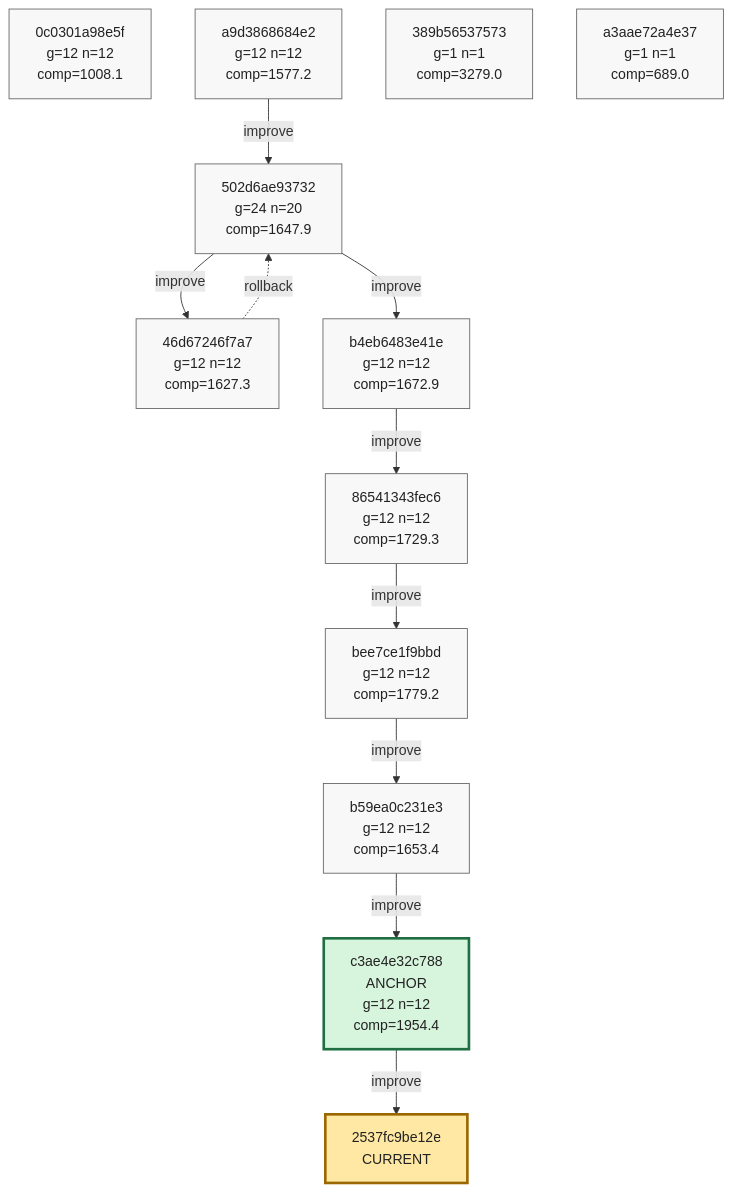
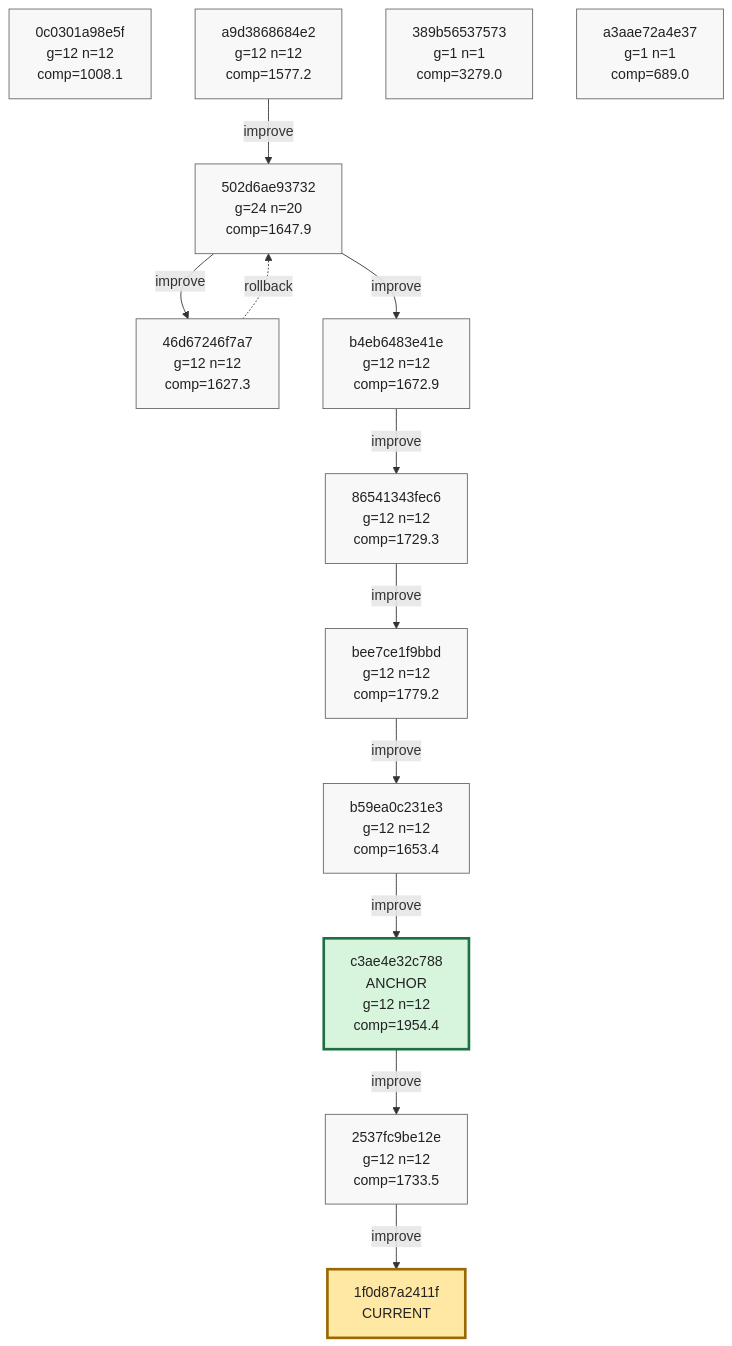
The tenth of 10 diagrams in phyrogenetic-tree.md (azumag/soviet_now), drawn with Mermaid before and after one commit. The commit also changed other lines of this file and 2 other files, not shown here.

Commit message:
eloop Improve after 12 games (scores: 1816 1182 1186 1863 2093 1838 1988 1474 2079 1731 3927 1646)

````diff
--- a/phyrogenetic-tree.md
+++ b/phyrogenetic-tree.md
@@ -2545,43 +2542,46 @@
 ```mermaid
 flowchart TD
     h_0c0301a98e5f["0c0301a98e5f<br/>g=12 n=12<br/>comp=1008.1"]
     h_a9d3868684e2["a9d3868684e2<br/>g=12 n=12<br/>comp=1577.2"]
     h_502d6ae93732["502d6ae93732<br/>g=24 n=20<br/>comp=1647.9"]
     h_46d67246f7a7["46d67246f7a7<br/>g=12 n=12<br/>comp=1627.3"]
     h_b4eb6483e41e["b4eb6483e41e<br/>g=12 n=12<br/>comp=1672.9"]
     h_86541343fec6["86541343fec6<br/>g=12 n=12<br/>comp=1729.3"]
     h_bee7ce1f9bbd["bee7ce1f9bbd<br/>g=12 n=12<br/>comp=1779.2"]
     h_b59ea0c231e3["b59ea0c231e3<br/>g=12 n=12<br/>comp=1653.4"]
     h_c3ae4e32c788["c3ae4e32c788<br/>ANCHOR<br/>g=12 n=12<br/>comp=1954.4"]
+    h_2537fc9be12e["2537fc9be12e<br/>g=12 n=12<br/>comp=1733.5"]
     h_389b56537573["389b56537573<br/>g=1 n=1<br/>comp=3279.0"]
     h_a3aae72a4e37["a3aae72a4e37<br/>g=1 n=1<br/>comp=689.0"]
-    h_2537fc9be12e["2537fc9be12e<br/>CURRENT"]
+    h_1f0d87a2411f["1f0d87a2411f<br/>CURRENT"]
 
     h_a9d3868684e2 -->|improve| h_502d6ae93732
     h_502d6ae93732 -->|improve| h_46d67246f7a7
     h_46d67246f7a7 -. rollback .-> h_502d6ae93732
     h_502d6ae93732 -->|improve| h_b4eb6483e41e
     h_b4eb6483e41e -->|improve| h_86541343fec6
     h_86541343fec6 -->|improve| h_bee7ce1f9bbd
     h_bee7ce1f9bbd -->|improve| h_b59ea0c231e3
     h_b59ea0c231e3 -->|improve| h_c3ae4e32c788
     h_c3ae4e32c788 -->|improve| h_2537fc9be12e
+    h_2537fc9be12e -->|improve| h_1f0d87a2411f
 
     classDef plain fill:#f8f8f8,stroke:#666,stroke-width:1px,color:#222;
     classDef current fill:#ffe8a3,stroke:#9a6700,stroke-width:3px,color:#222;
     classDef anchor fill:#d7f5dd,stroke:#1f6f43,stroke-width:3px,color:#222;
     classDef current_anchor fill:#f3e4a8,stroke:#1f6f43,stroke-width:4px,color:#222;
 
     class h_0c0301a98e5f plain;
     class h_a9d3868684e2 plain;
     class h_502d6ae93732 plain;
     class h_46d67246f7a7 plain;
     class h_b4eb6483e41e plain;
     class h_86541343fec6 plain;
     class h_bee7ce1f9bbd plain;
     class h_b59ea0c231e3 plain;
     class h_c3ae4e32c788 anchor;
+    class h_2537fc9be12e plain;
     class h_389b56537573 plain;
     class h_a3aae72a4e37 plain;
-    class h_2537fc9be12e current;
+    class h_1f0d87a2411f current;
 ```
````
